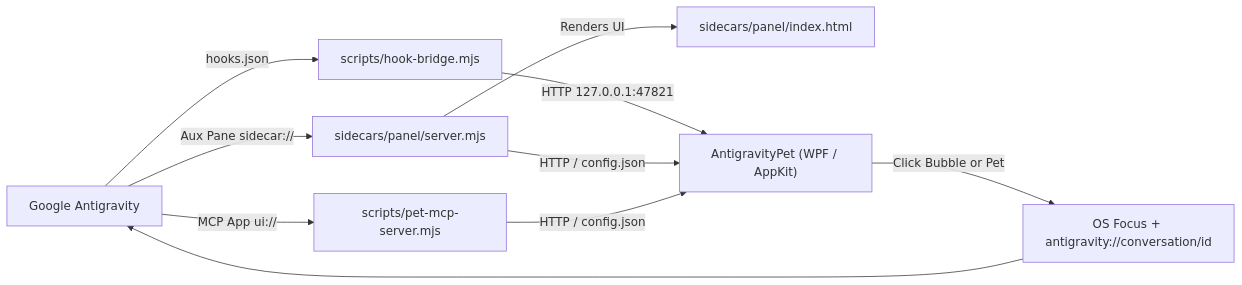
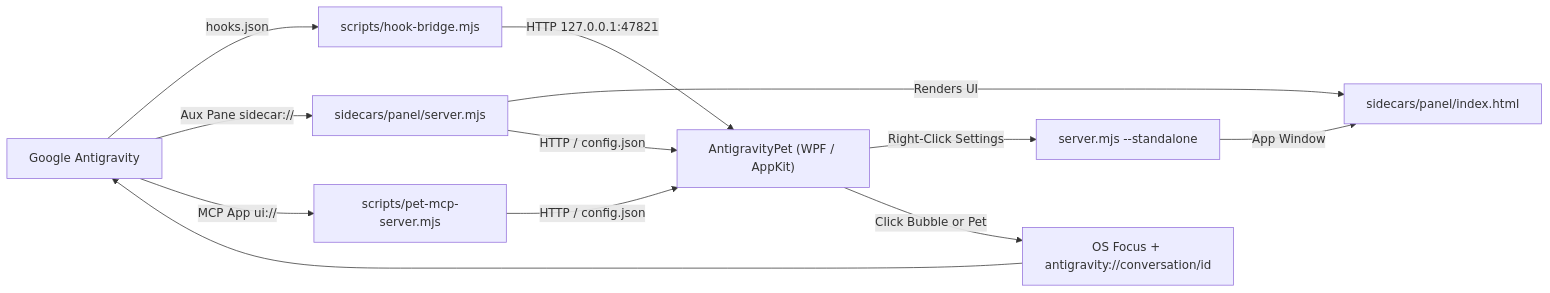
Before and after one commit to Wlaeg/antigravity-pet: the diagram in README.md, drawn with Mermaid. The commit also changed other lines of this file, not shown here.

````diff
--- a/README.md
+++ b/README.md
@@ -77,12 +82,14 @@
 ```mermaid
 flowchart LR
     AGY["Google Antigravity"] -->|hooks.json| Bridge["scripts/hook-bridge.mjs"]
     AGY -->|Aux Pane sidecar://| Panel["sidecars/panel/server.mjs"]
     AGY -->|MCP App ui://| MCP["scripts/pet-mcp-server.mjs"]
+    Pet -->|Right-Click Settings| Standalone["server.mjs --standalone"]
     Panel -->|Renders UI| PUI["sidecars/panel/index.html"]
+    Standalone -->|App Window| PUI
     Bridge -->|HTTP 127.0.0.1:47821| Pet["AntigravityPet (WPF / AppKit)"]
     Panel -->|HTTP / config.json| Pet
     MCP -->|HTTP / config.json| Pet
     Pet -->|Click Bubble or Pet| DeepLink["OS Focus + antigravity://conversation/id"]
     DeepLink --> AGY
 ```
````
